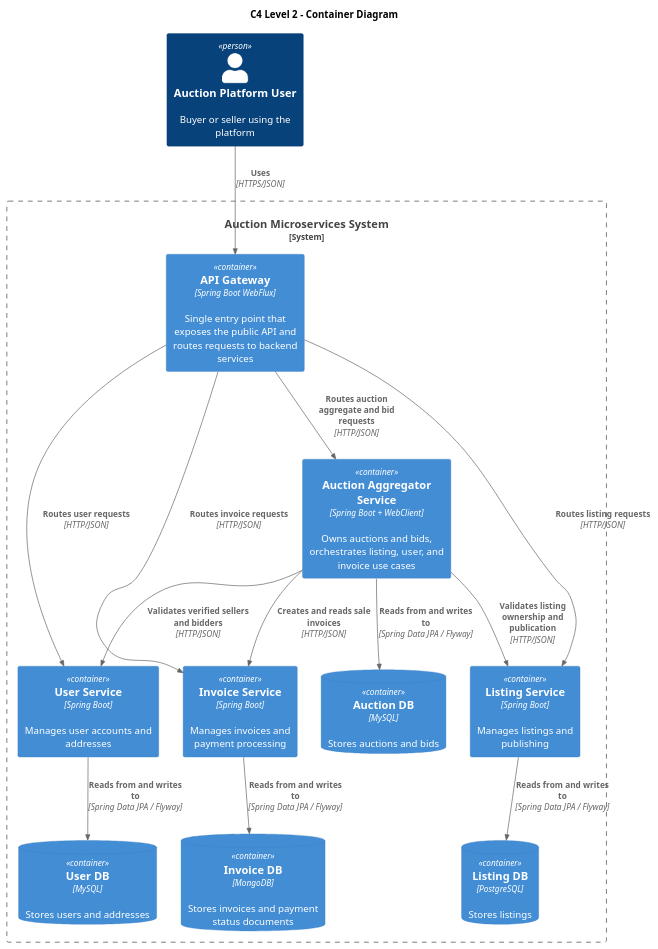
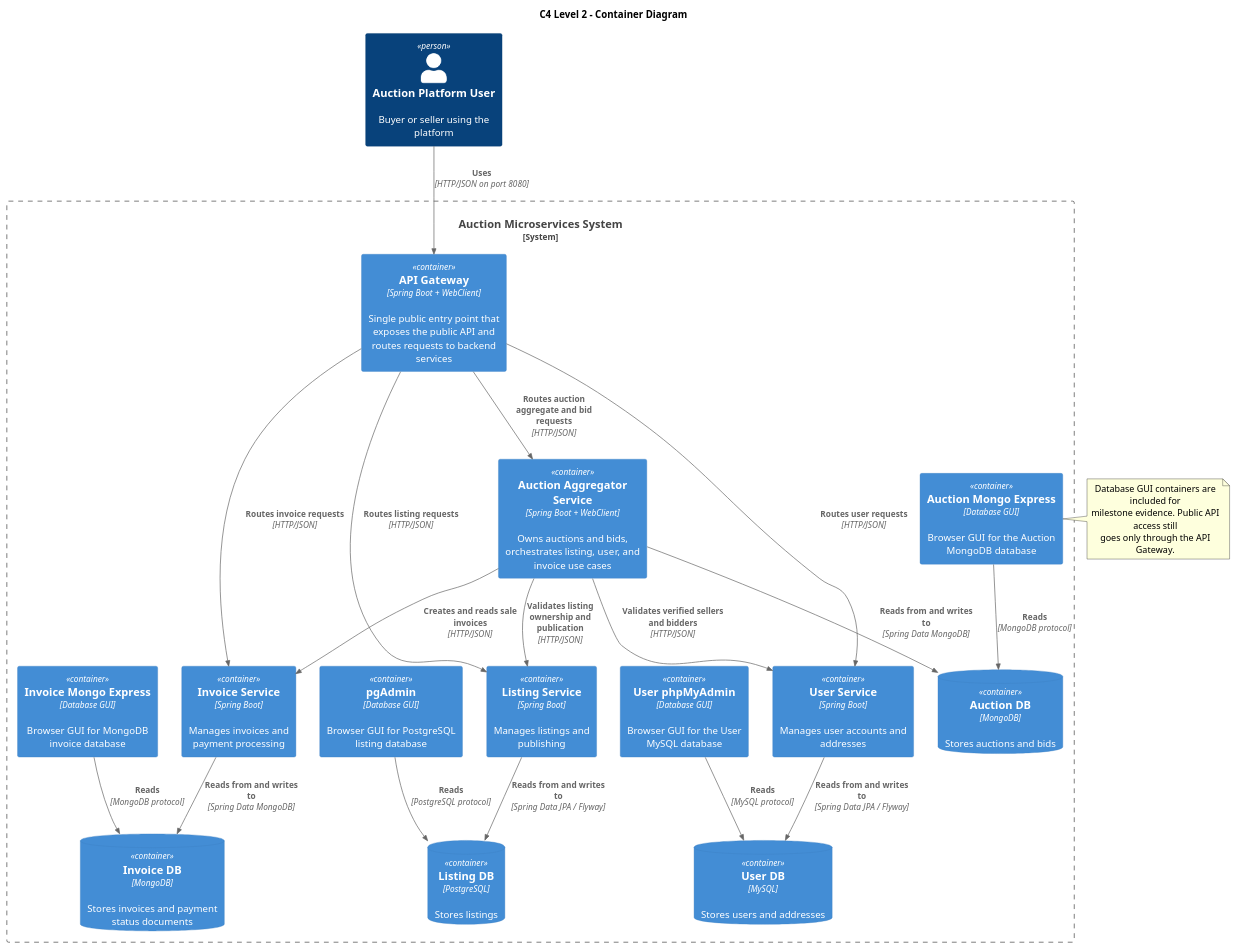
One commit to Noah-tdf/AuctionMicroservice changed the diagram in diagrams/C4_Level2_container.puml. Above: the diagram before and after it, drawn with PlantUML. The commit also changed 357 other files, not shown here.

```diff
--- a/diagrams/C4_Level2_container.puml
+++ b/diagrams/C4_Level2_container.puml
@@ -1,40 +1,56 @@
 @startuml
 !include https://raw.githubusercontent.com/plantuml-stdlib/C4-PlantUML/master/C4_Container.puml
 
 LAYOUT_TOP_DOWN()
 
 title C4 Level 2 - Container Diagram
 
 Person(user, "Auction Platform User", "Buyer or seller using the platform")
 
 System_Boundary(auctionSystem, "Auction Microservices System") {
-    Container(apiGateway, "API Gateway", "Spring Boot WebFlux", "Single entry point that exposes the public API and routes requests to backend services")
+    Container(apiGateway, "API Gateway", "Spring Boot + WebClient", "Single public entry point that exposes the public API and routes requests to backend services")
 
     Container(auctionService, "Auction Aggregator Service", "Spring Boot + WebClient", "Owns auctions and bids, orchestrates listing, user, and invoice use cases")
     Container(userService, "User Service", "Spring Boot", "Manages user accounts and addresses")
     Container(listingService, "Listing Service", "Spring Boot", "Manages listings and publishing")
     Container(invoiceService, "Invoice Service", "Spring Boot", "Manages invoices and payment processing")
 
-    ContainerDb(auctionDb, "Auction DB", "MySQL", "Stores auctions and bids")
+    ContainerDb(auctionDb, "Auction DB", "MongoDB", "Stores auctions and bids")
     ContainerDb(userDb, "User DB", "MySQL", "Stores users and addresses")
     ContainerDb(listingDb, "Listing DB", "PostgreSQL", "Stores listings")
     ContainerDb(invoiceDb, "Invoice DB", "MongoDB", "Stores invoices and payment status documents")
+
+    Container(auctionMongoExpress, "Auction Mongo Express", "Database GUI", "Browser GUI for the Auction MongoDB database")
+    Container(userPhpMyAdmin, "User phpMyAdmin", "Database GUI", "Browser GUI for the User MySQL database")
+    Container(pgAdmin, "pgAdmin", "Database GUI", "Browser GUI for PostgreSQL listing database")
+    Container(invoiceMongoExpress, "Invoice Mongo Express", "Database GUI", "Browser GUI for MongoDB invoice database")
 }
 
-Rel(user, apiGateway, "Uses", "HTTPS/JSON")
+Rel(user, apiGateway, "Uses", "HTTP/JSON on port 8080")
 
 Rel(apiGateway, auctionService, "Routes auction aggregate and bid requests", "HTTP/JSON")
 Rel(apiGateway, userService, "Routes user requests", "HTTP/JSON")
 Rel(apiGateway, listingService, "Routes listing requests", "HTTP/JSON")
 Rel(apiGateway, invoiceService, "Routes invoice requests", "HTTP/JSON")
 
 Rel(auctionService, userService, "Validates verified sellers and bidders", "HTTP/JSON")
 Rel(auctionService, listingService, "Validates listing ownership and publication", "HTTP/JSON")
 Rel(auctionService, invoiceService, "Creates and reads sale invoices", "HTTP/JSON")
 
-Rel(auctionService, auctionDb, "Reads from and writes to", "Spring Data JPA / Flyway")
+Rel(auctionService, auctionDb, "Reads from and writes to", "Spring Data MongoDB")
 Rel(userService, userDb, "Reads from and writes to", "Spring Data JPA / Flyway")
 Rel(listingService, listingDb, "Reads from and writes to", "Spring Data JPA / Flyway")
-Rel(invoiceService, invoiceDb, "Reads from and writes to", "Spring Data JPA / Flyway")
+Rel(invoiceService, invoiceDb, "Reads from and writes to", "Spring Data MongoDB")
+
+Rel(auctionMongoExpress, auctionDb, "Reads", "MongoDB protocol")
+Rel(userPhpMyAdmin, userDb, "Reads", "MySQL protocol")
+Rel(pgAdmin, listingDb, "Reads", "PostgreSQL protocol")
+Rel(invoiceMongoExpress, invoiceDb, "Reads", "MongoDB protocol")
+
+note right of auctionMongoExpress
+  Database GUI containers are included for
+  milestone evidence. Public API access still
+  goes only through the API Gateway.
+end note
 
 @enduml
```
